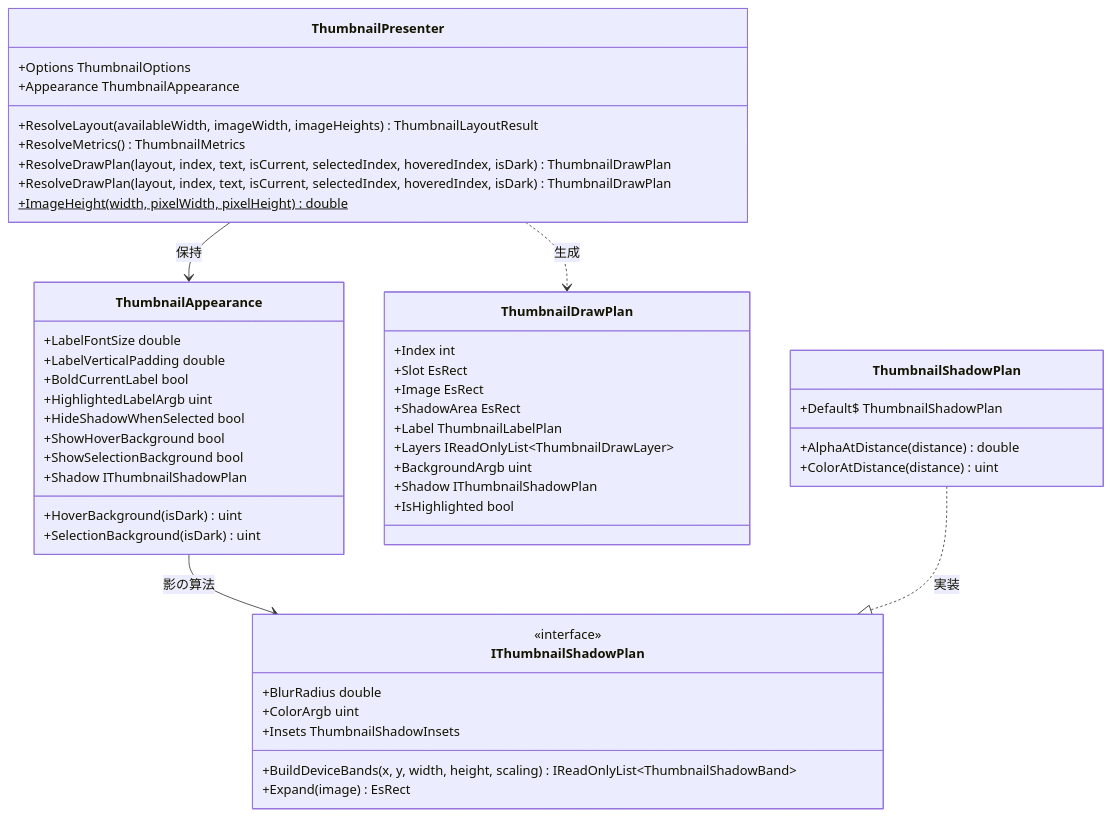
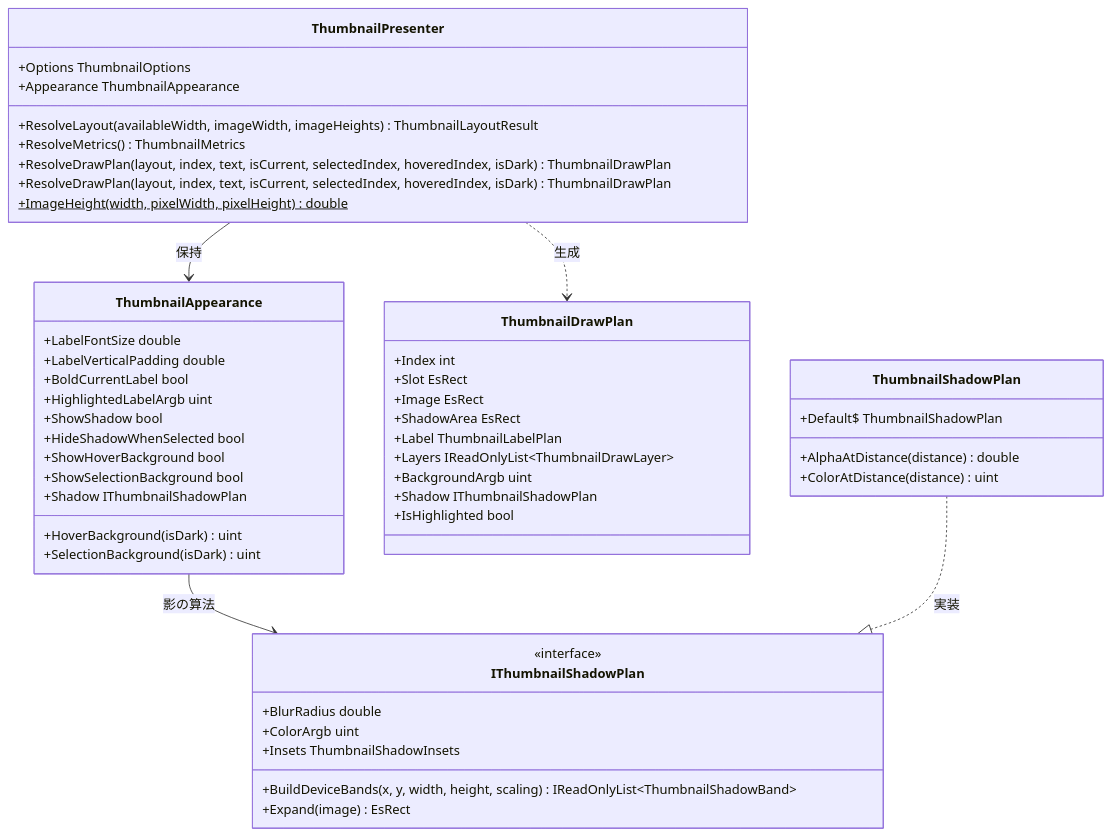
Before and after one commit to tomokuni/EsUtil: the second of 4 diagrams in EsUtil/Feature.Thumbnail.Presenter/docs/SPEC_System.md, drawn with Mermaid. The commit also changed other lines of this file and 58 other files, not shown here.

````diff
--- a/EsUtil/Feature.Thumbnail.Presenter/docs/SPEC_System.md
+++ b/EsUtil/Feature.Thumbnail.Presenter/docs/SPEC_System.md
@@ -108,53 +108,54 @@
 ```mermaid
 classDiagram
     class ThumbnailPresenter {
         +Options ThumbnailOptions
         +Appearance ThumbnailAppearance
         +ResolveLayout(availableWidth, imageWidth, imageHeights) ThumbnailLayoutResult
         +ResolveMetrics() ThumbnailMetrics
         +ResolveDrawPlan(layout, index, text, isCurrent, selectedIndex, hoveredIndex, isDark) ThumbnailDrawPlan
         +ResolveDrawPlan(layout, index, text, isCurrent, selectedIndex, hoveredIndex, isDark) ThumbnailDrawPlan
         +ImageHeight(width, pixelWidth, pixelHeight)$ double
     }
     class ThumbnailAppearance {
         +LabelFontSize double
         +LabelVerticalPadding double
         +BoldCurrentLabel bool
         +HighlightedLabelArgb uint
+        +ShowShadow bool
         +HideShadowWhenSelected bool
         +ShowHoverBackground bool
         +ShowSelectionBackground bool
         +Shadow IThumbnailShadowPlan
         +HoverBackground(isDark) uint
         +SelectionBackground(isDark) uint
     }
     class ThumbnailDrawPlan {
         +Index int
         +Slot EsRect
         +Image EsRect
         +ShadowArea EsRect
         +Label ThumbnailLabelPlan
         +Layers IReadOnlyList~ThumbnailDrawLayer~
         +BackgroundArgb uint
         +Shadow IThumbnailShadowPlan
         +IsHighlighted bool
     }
     class IThumbnailShadowPlan {
         <<interface>>
         +BlurRadius double
         +ColorArgb uint
         +Insets ThumbnailShadowInsets
         +BuildDeviceBands(x, y, width, height, scaling) IReadOnlyList~ThumbnailShadowBand~
         +Expand(image) EsRect
     }
     class ThumbnailShadowPlan {
         +Default$ ThumbnailShadowPlan
         +AlphaAtDistance(distance) double
         +ColorAtDistance(distance) uint
     }
 
     ThumbnailPresenter --> ThumbnailAppearance : 保持
     ThumbnailPresenter ..> ThumbnailDrawPlan : 生成
     ThumbnailAppearance --> IThumbnailShadowPlan : 影の算法
     ThumbnailShadowPlan ..|> IThumbnailShadowPlan : 実装
 ```
````
